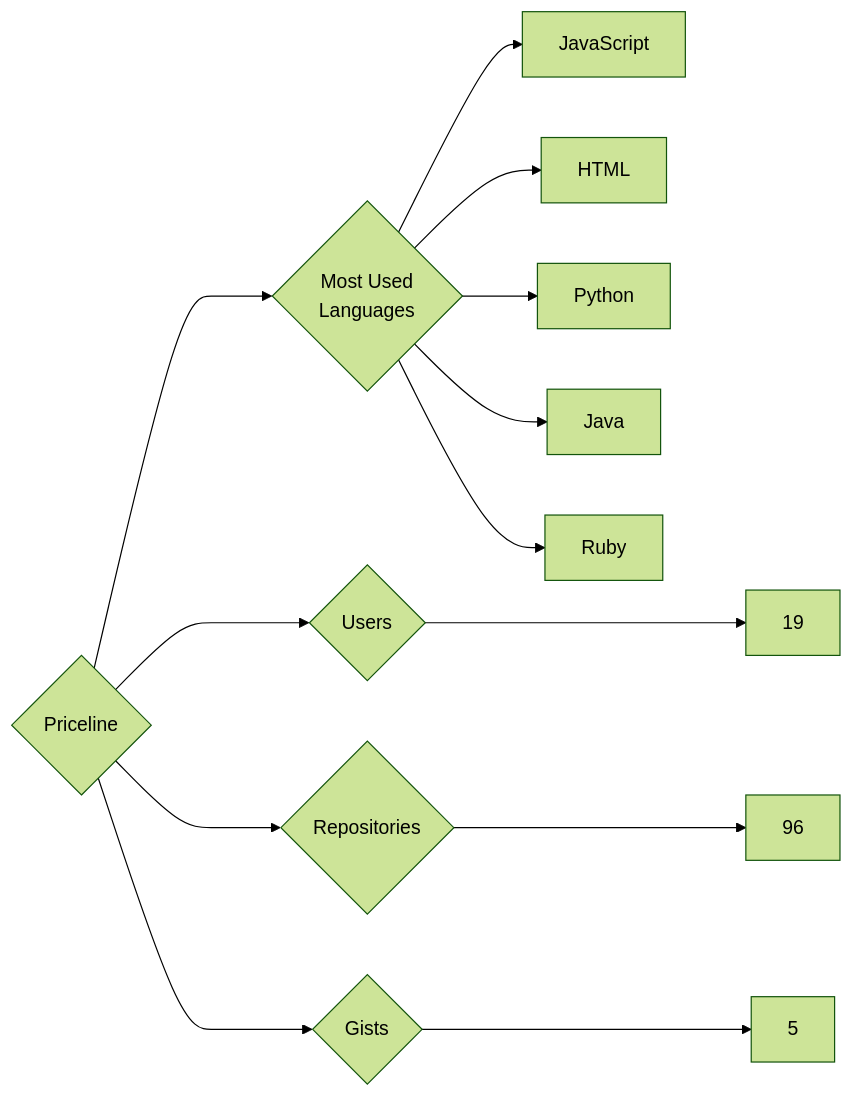
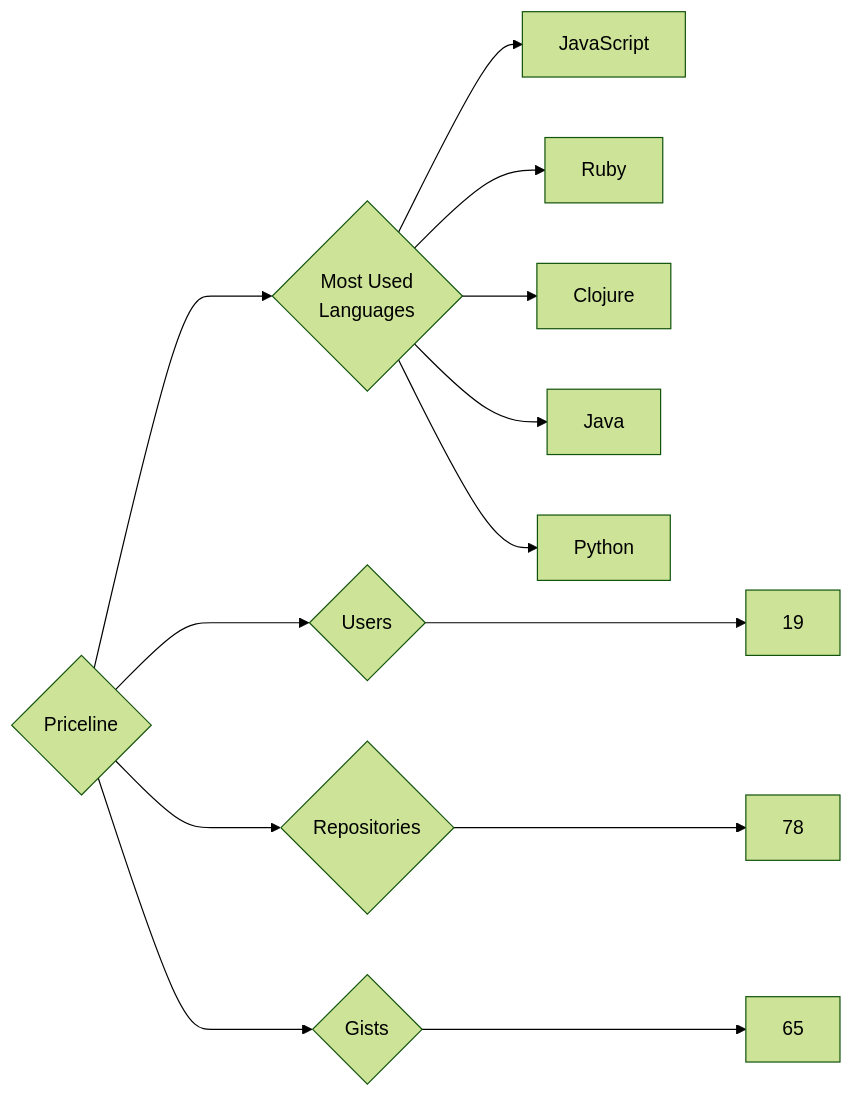
Before and after one commit to trickest/insiders: the diagram in targets/Priceline/README.md, drawn with Mermaid (forest theme). The commit also changed 851 other files, not shown here.

````diff
--- a/targets/Priceline/README.md
+++ b/targets/Priceline/README.md
@@ -3,13 +3,13 @@
 ```mermaid
 graph LR
 COMPANY_NAME{Priceline}
 COMPANY_NAME ---> U{Users} ---> UN[19]
-COMPANY_NAME ---> R{Repositories} ---> RN[96]
-COMPANY_NAME ---> G{Gists} ---> GN[5]
+COMPANY_NAME ---> R{Repositories} ---> RN[78]
+COMPANY_NAME ---> G{Gists} ---> GN[65]
 COMPANY_NAME ---> ML{Most Used<br>Languages}
 ML --> JavaScript[JavaScript]
-ML --> HTML[HTML]
+ML --> Ruby[Ruby]
+ML --> Clojure[Clojure]
+ML --> Java[Java]
 ML --> Python[Python]
-ML --> Java[Java]
-ML --> Ruby[Ruby]
 ```
````
